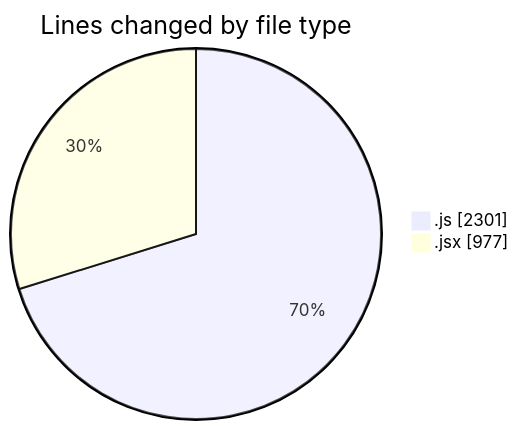
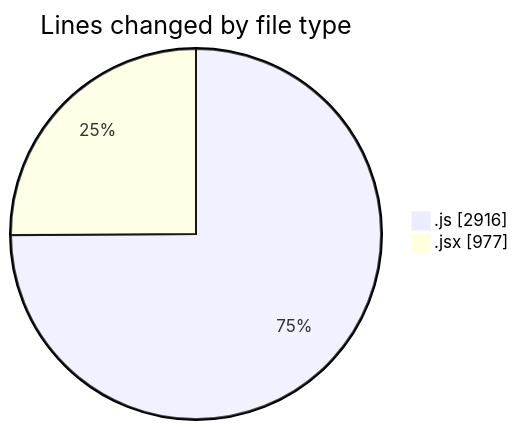
Before and after one commit to nxtqubesakshisongat/code-tracking: the first of 2 diagrams in 2025-08-13/nxtqube_webapp/README.md, drawn with Mermaid. The commit also changed other lines of this file and 1 other file, not shown here.

````diff
--- a/2025-08-13/nxtqube_webapp/README.md
+++ b/2025-08-13/nxtqube_webapp/README.md
@@ -22,6 +22,6 @@
 ```mermaid
 pie showData
 title Lines changed by file type
-".js" : 2301
+".js" : 2916
 ".jsx" : 977
 ```
````
